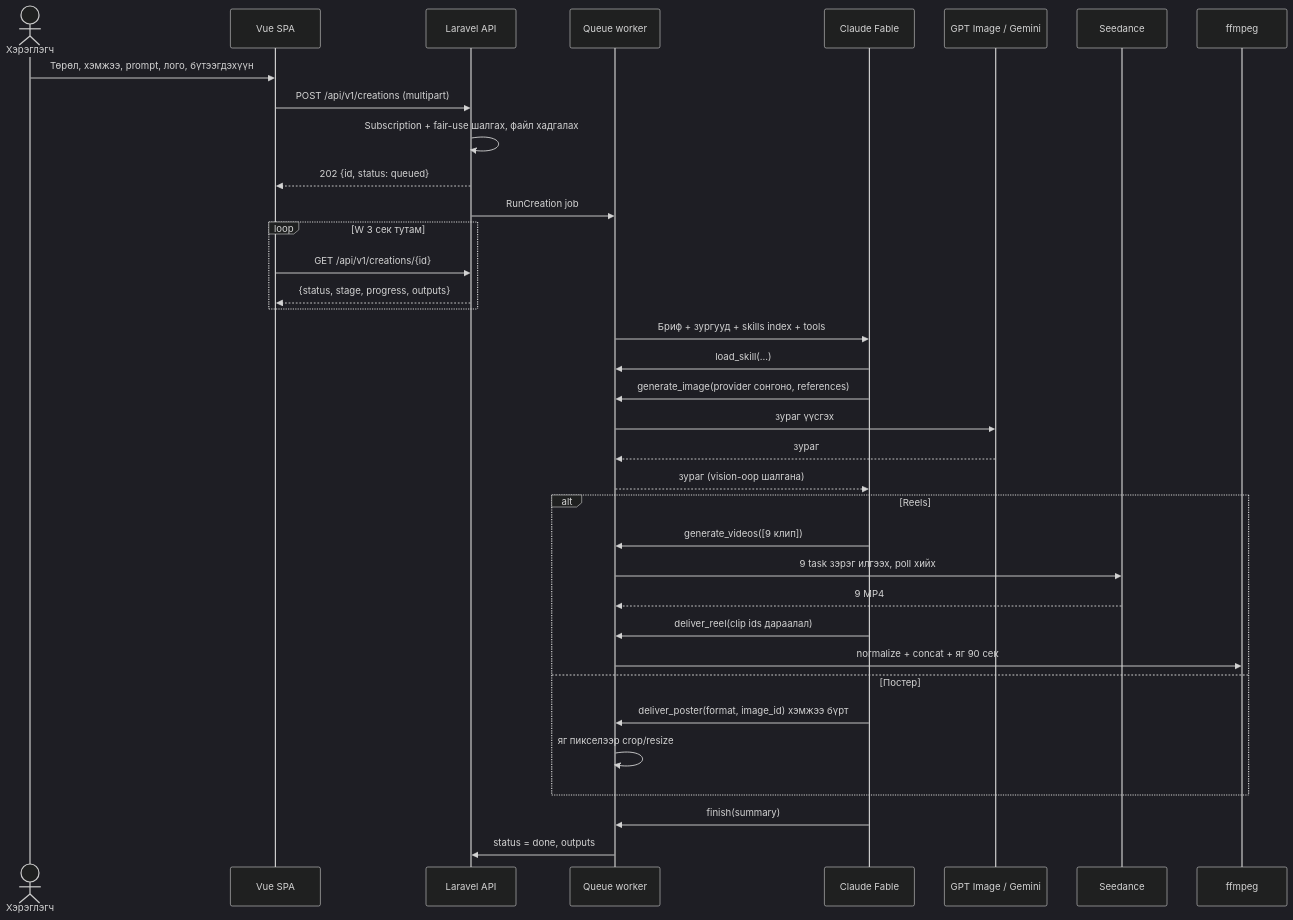
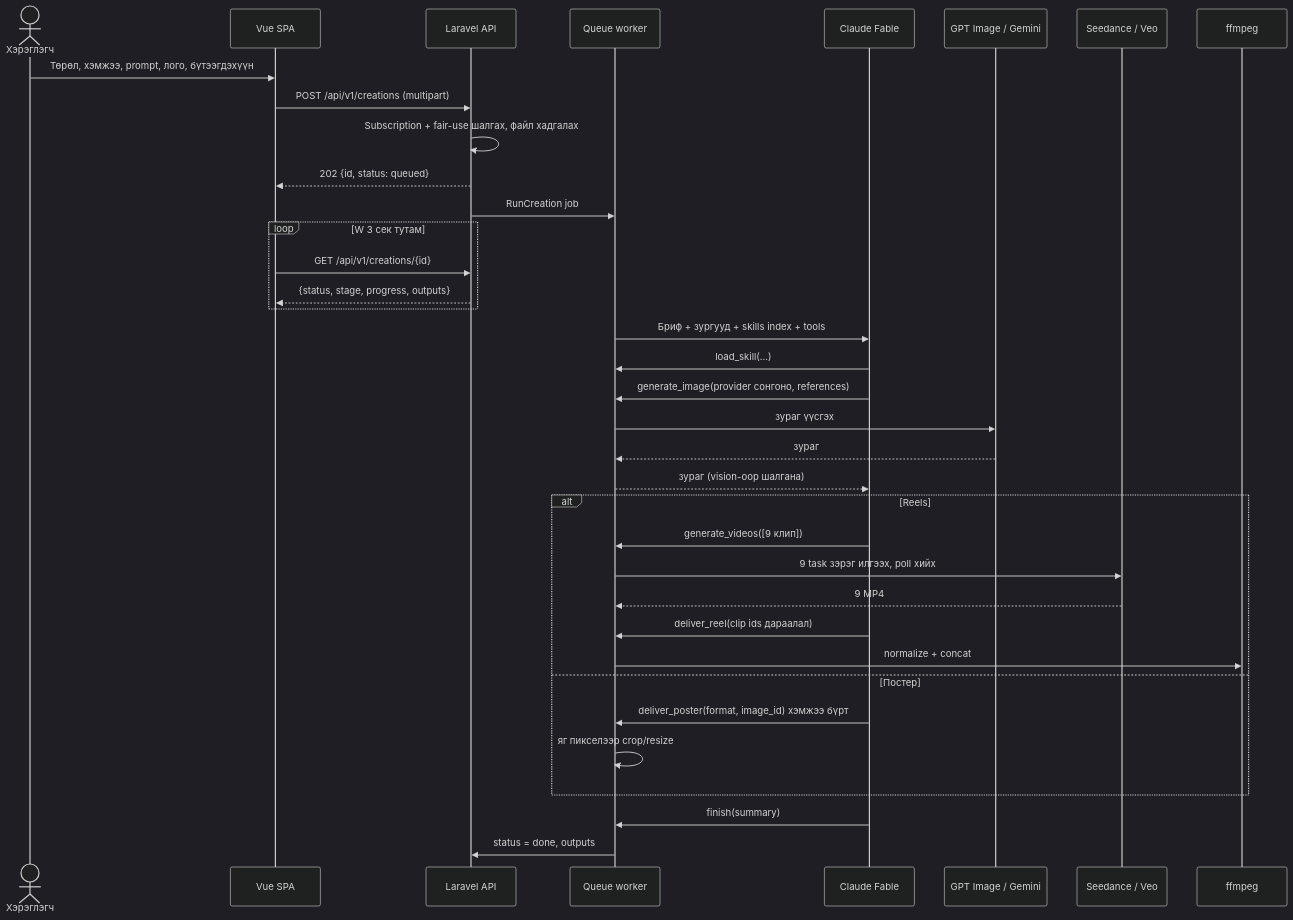
One commit to nuidea77/poster-generator changed the first of 4 diagrams in docs/SRS.md. Above: the diagram before and after it, drawn with Mermaid (dark theme). The commit also changed other lines of this file and 25 other files, not shown here.

````diff
--- a/docs/SRS.md
+++ b/docs/SRS.md
@@ -90,39 +90,39 @@
 ```mermaid
 sequenceDiagram
     actor U as Хэрэглэгч
     participant W as Vue SPA
     participant A as Laravel API
     participant Q as Queue worker
     participant F as Claude Fable
     participant G as GPT Image / Gemini
-    participant S as Seedance
+    participant S as Seedance / Veo
     participant X as ffmpeg
 
     U->>W: Төрөл, хэмжээ, prompt, лого, бүтээгдэхүүн
     W->>A: POST /api/v1/creations (multipart)
     A->>A: Subscription + fair-use шалгах, файл хадгалах
     A-->>W: 202 {id, status: queued}
     A->>Q: RunCreation job
     loop W 3 сек тутам
         W->>A: GET /api/v1/creations/{id}
         A-->>W: {status, stage, progress, outputs}
     end
     Q->>F: Бриф + зургууд + skills index + tools
     F->>Q: load_skill(...)
     F->>Q: generate_image(provider сонгоно, references)
     Q->>G: зураг үүсгэх
     G-->>Q: зураг
     Q-->>F: зураг (vision-оор шалгана)
     alt Reels
         F->>Q: generate_videos([9 клип])
         Q->>S: 9 task зэрэг илгээх, poll хийх
         S-->>Q: 9 MP4
         F->>Q: deliver_reel(clip ids дараалал)
-        Q->>X: normalize + concat + яг 90 сек
+        Q->>X: normalize + concat
     else Постер
         F->>Q: deliver_poster(format, image_id) хэмжээ бүрт
         Q->>Q: яг пикселээр crop/resize
     end
     F->>Q: finish(summary)
     Q->>A: status = done, outputs
 ```
````
